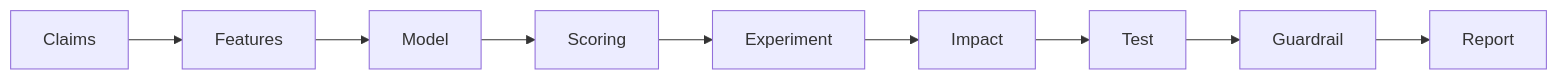
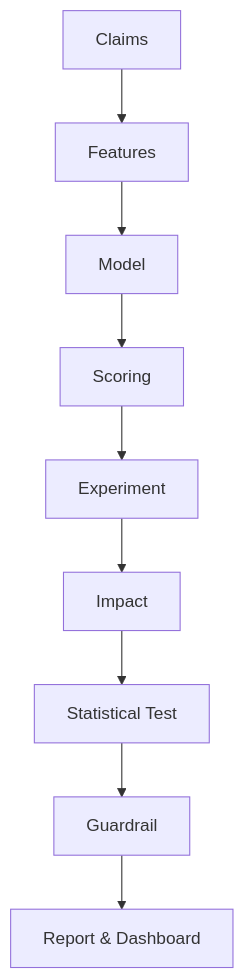
Before and after one commit to Obok-obok/awesome-fds: the diagram in README.md, drawn with Mermaid. The commit also changed other lines of this file, not shown here.

Commit message:
Readme.me commit

````diff
--- a/README.md
+++ b/README.md
@@ -48,11 +48,12 @@
 ```mermaid
-flowchart LR
-A[Claims] --> B[Features]
-B --> C[Model]
-C --> D[Scoring]
-D --> E[Experiment]
-E --> F[Impact]
-F --> G[Test]
-G --> H[Guardrail]
-H --> I[Report]
+flowchart TD
+A[Claims] 
+--> B[Features]
+--> C[Model]
+--> D[Scoring]
+--> E[Experiment]
+--> F[Impact]
+--> G[Statistical Test]
+--> H[Guardrail]
+--> I[Report & Dashboard]
 ```
````
